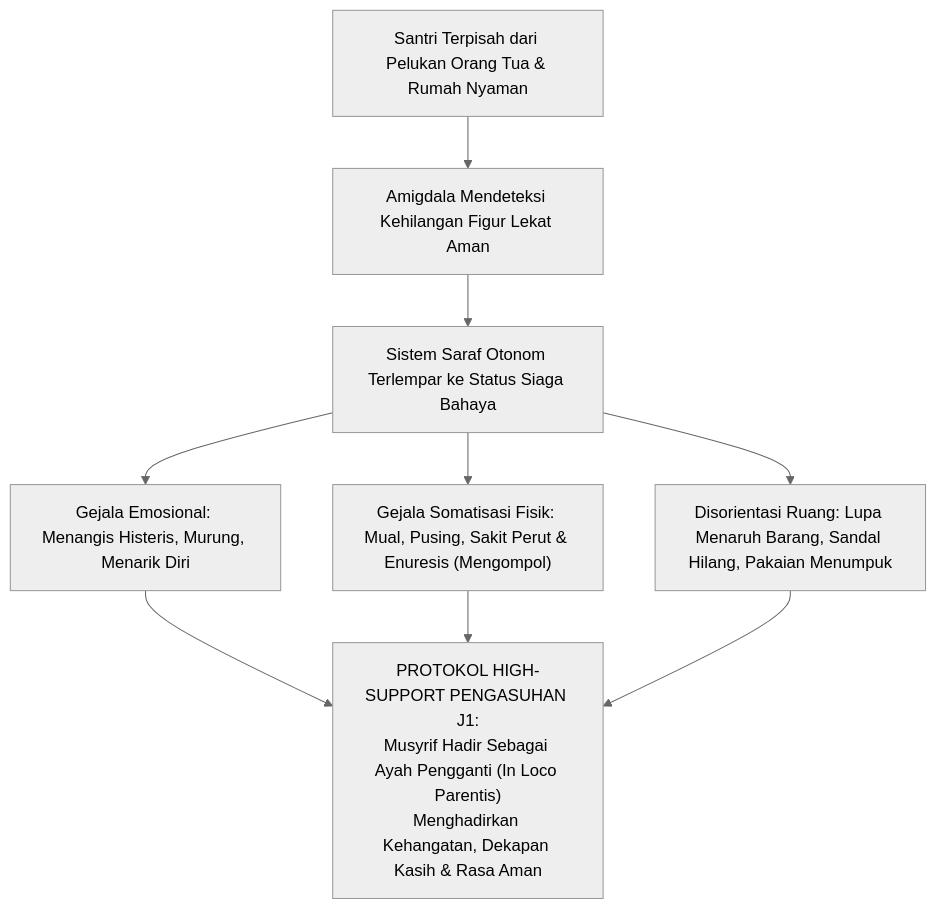
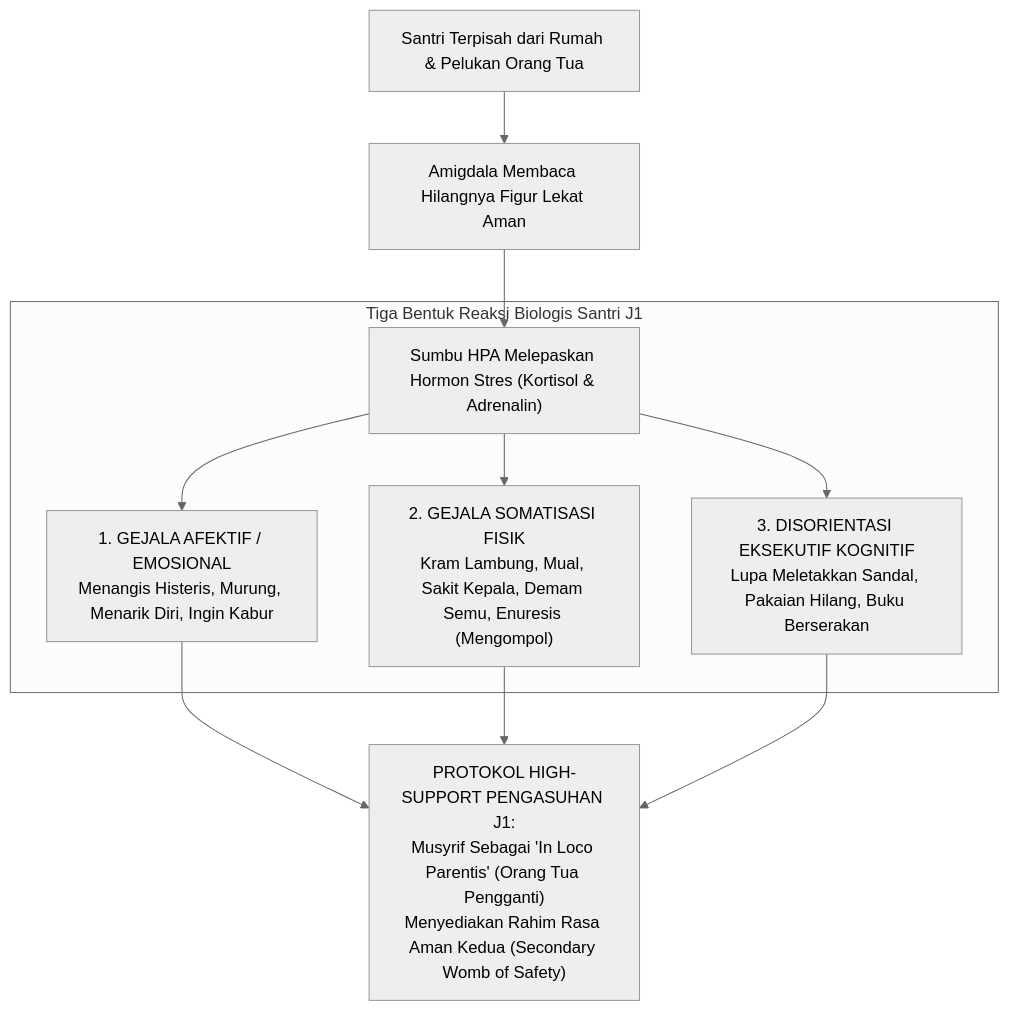
One commit to wandiapriliyandi/tumbuh changed the first of 2 diagrams in BOOK Series 1/01-The-Fundamental-of-TUMBUH/BAGIAN-VI/Bab-13-Bedah-Jenjang-J1-dan-J2.md. Above: the diagram before and after it, drawn with Mermaid (neutral theme). The commit also changed other lines of this file and 4 other files, not shown here.

````diff
--- a/BOOK Series 1/01-The-Fundamental-of-TUMBUH/BAGIAN-VI/Bab-13-Bedah-Jenjang-J1-dan-J2.md
+++ b/BOOK Series 1/01-The-Fundamental-of-TUMBUH/BAGIAN-VI/Bab-13-Bedah-Jenjang-J1-dan-J2.md
@@ -25,10 +34,13 @@
 ```mermaid
 graph TD
-    A["Santri Terpisah dari Pelukan Orang Tua & Rumah Nyaman"] --> B["Amigdala Mendeteksi Kehilangan Figur Lekat Aman"]
-    B --> C["Sistem Saraf Otonom Terlempar ke Status Siaga Bahaya"]
-    C --> D1["Gejala Emosional: Menangis Histeris, Murung, Menarik Diri"]
-    C --> D2["Gejala Somatisasi Fisik: Mual, Pusing, Sakit Perut & Enuresis (Mengompol)"]
-    C --> D3["Disorientasi Ruang: Lupa Menaruh Barang, Sandal Hilang, Pakaian Menumpuk"]
+    A["Santri Terpisah dari Rumah & Pelukan Orang Tua"] --> B["Amigdala Membaca Hilangnya Figur Lekat Aman"]
+    B --> C["Sumbu HPA Melepaskan Hormon Stres (Kortisol & Adrenalin)"]
     
-    D1 & D2 & D3 --> RESPONS_TUMBUH["PROTOKOL HIGH-SUPPORT PENGASUHAN J1:<br/>Musyrif Hadir Sebagai Ayah Pengganti (In Loco Parentis)<br/>Menghadirkan Kehangatan, Dekapan Kasih & Rasa Aman"]
+    subgraph MANIFESTASI_KRISIS_J1["Tiga Bentuk Reaksi Biologis Santri J1"]
+        C --> D1["1. GEJALA AFEKTIF / EMOSIONAL<br/>Menangis Histeris, Murung, Menarik Diri, Ingin Kabur"]
+        C --> D2["2. GEJALA SOMATISASI FISIK<br/>Kram Lambung, Mual, Sakit Kepala, Demam Semu, Enuresis (Mengompol)"]
+        C --> D3["3. DISORIENTASI EKSEKUTIF KOGNITIF<br/>Lupa Meletakkan Sandal, Pakaian Hilang, Buku Berserakan"]
+    end
+
+    D1 & D2 & D3 --> SOLUSI_TUMBUH["PROTOKOL HIGH-SUPPORT PENGASUHAN J1:<br/>Musyrif Sebagai 'In Loco Parentis' (Orang Tua Pengganti)<br/>Menyediakan Rahim Rasa Aman Kedua (Secondary Womb of Safety)"]
 ```
````
